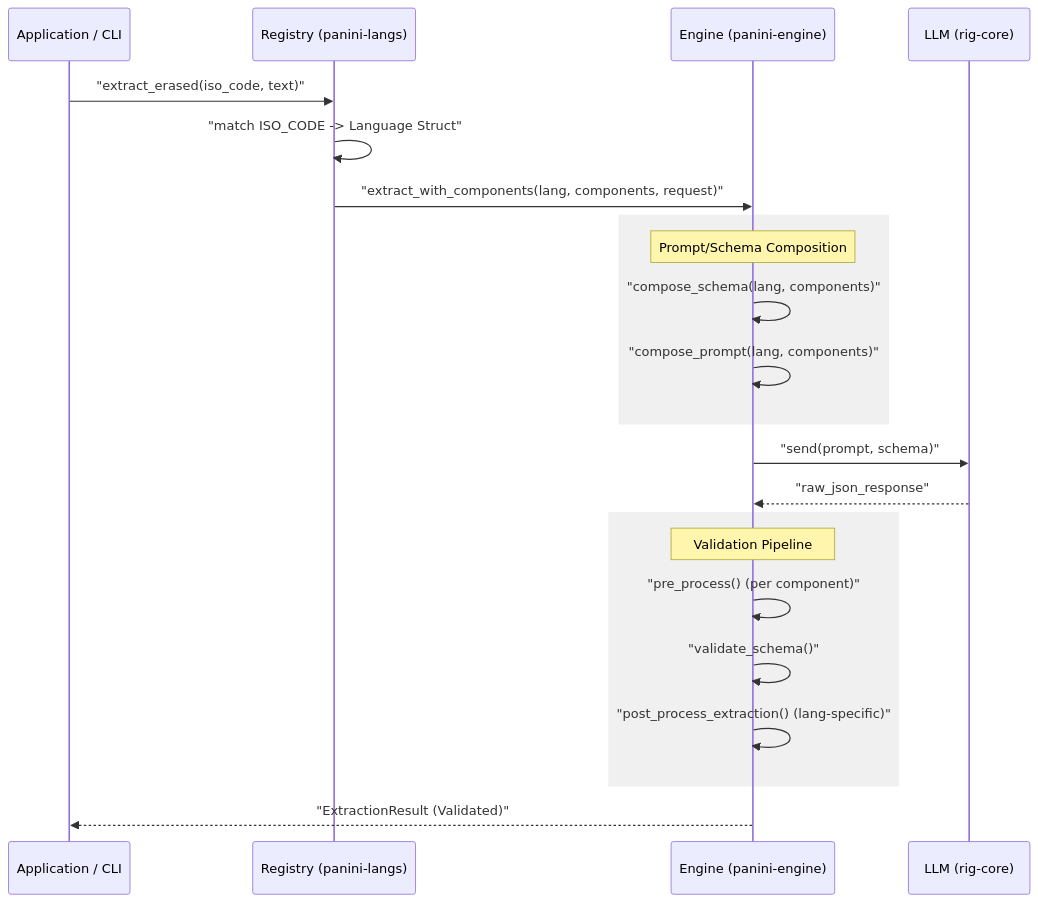
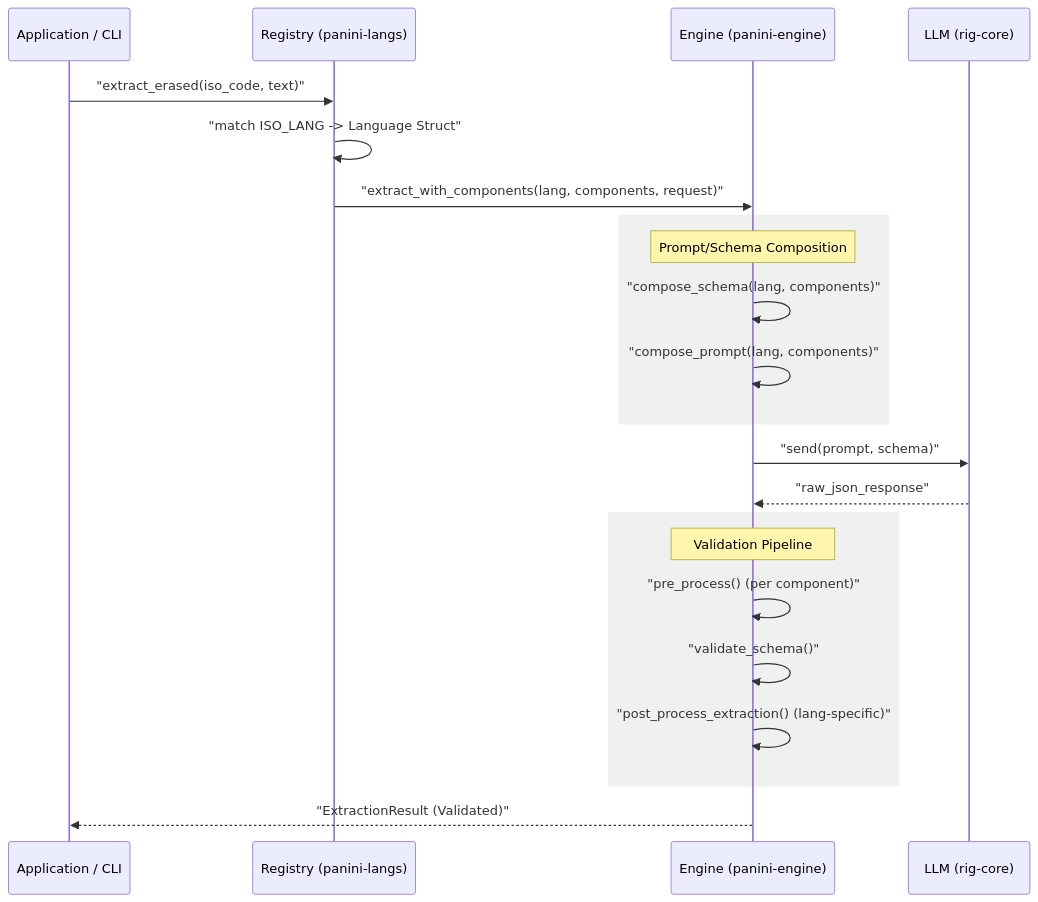
One commit to yro7/panini changed the second of 2 diagrams in docs/languages/index.md. Above: the diagram before and after it, drawn with Mermaid. The commit also changed other lines of this file and 12 other files, not shown here.

````diff
--- a/docs/languages/index.md
+++ b/docs/languages/index.md
@@ -51,29 +54,29 @@
 ```mermaid
 sequenceDiagram
     participant App as Application / CLI
     participant Reg as Registry (panini-langs)
     participant Eng as Engine (panini-engine)
     participant LLM as LLM (rig-core)
 
     App->>Reg: "extract_erased(iso_code, text)"
-    Reg->>Reg: "match ISO_CODE -> Language Struct"
+    Reg->>Reg: "match ISO_LANG -> Language Struct"
     Reg->>Eng: "extract_with_components(lang, components, request)"
     
     rect rgb(240, 240, 240)
         Note over Eng: Prompt/Schema Composition
         Eng->>Eng: "compose_schema(lang, components)"
         Eng->>Eng: "compose_prompt(lang, components)"
     end
 
     Eng->>LLM: "send(prompt, schema)"
     LLM-->>Eng: "raw_json_response"
 
     rect rgb(240, 240, 240)
         Note over Eng: Validation Pipeline
         Eng->>Eng: "pre_process() (per component)"
         Eng->>Eng: "validate_schema()"
         Eng->>Eng: "post_process_extraction() (lang-specific)"
     end
 
     Eng-->>App: "ExtractionResult (Validated)"
 ```
````
